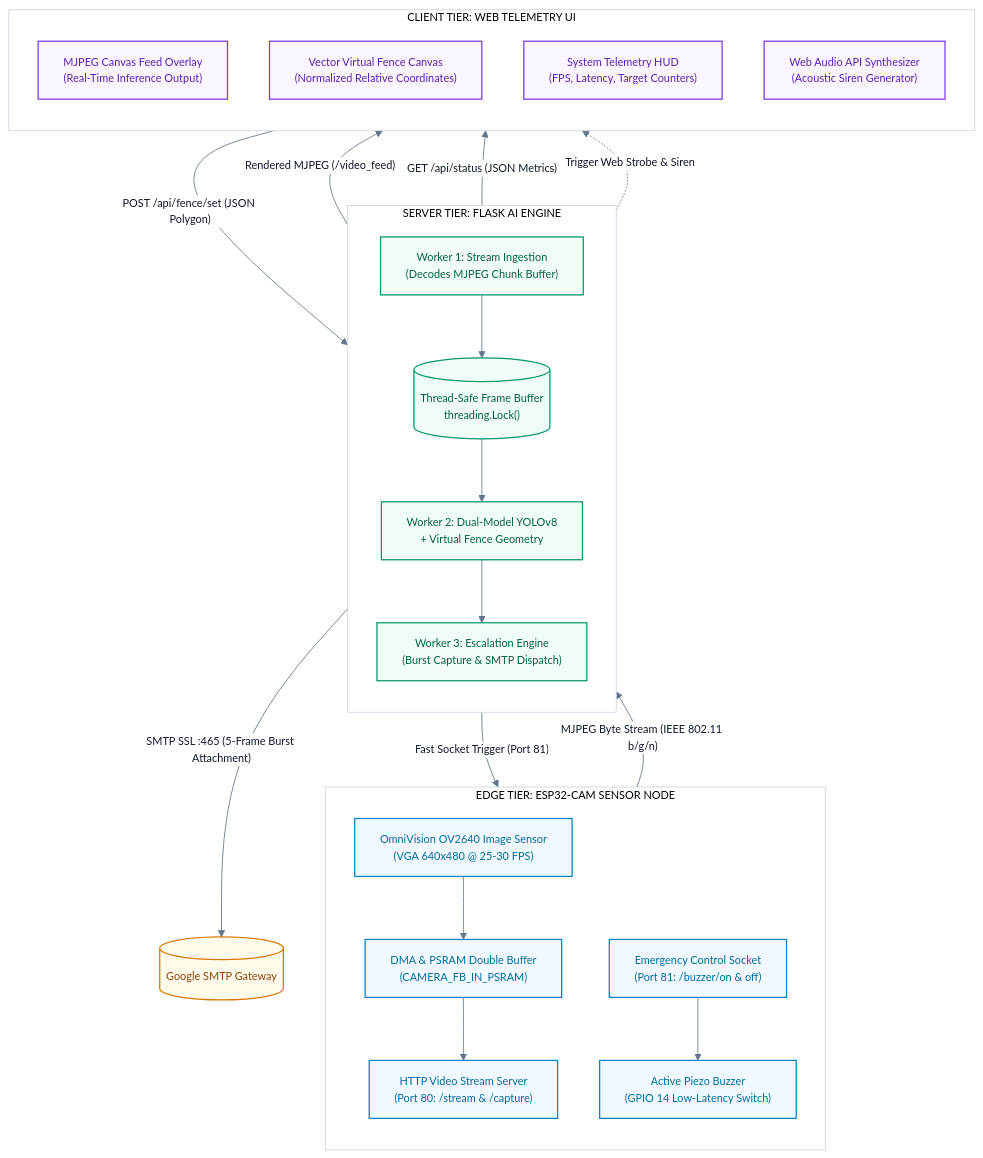
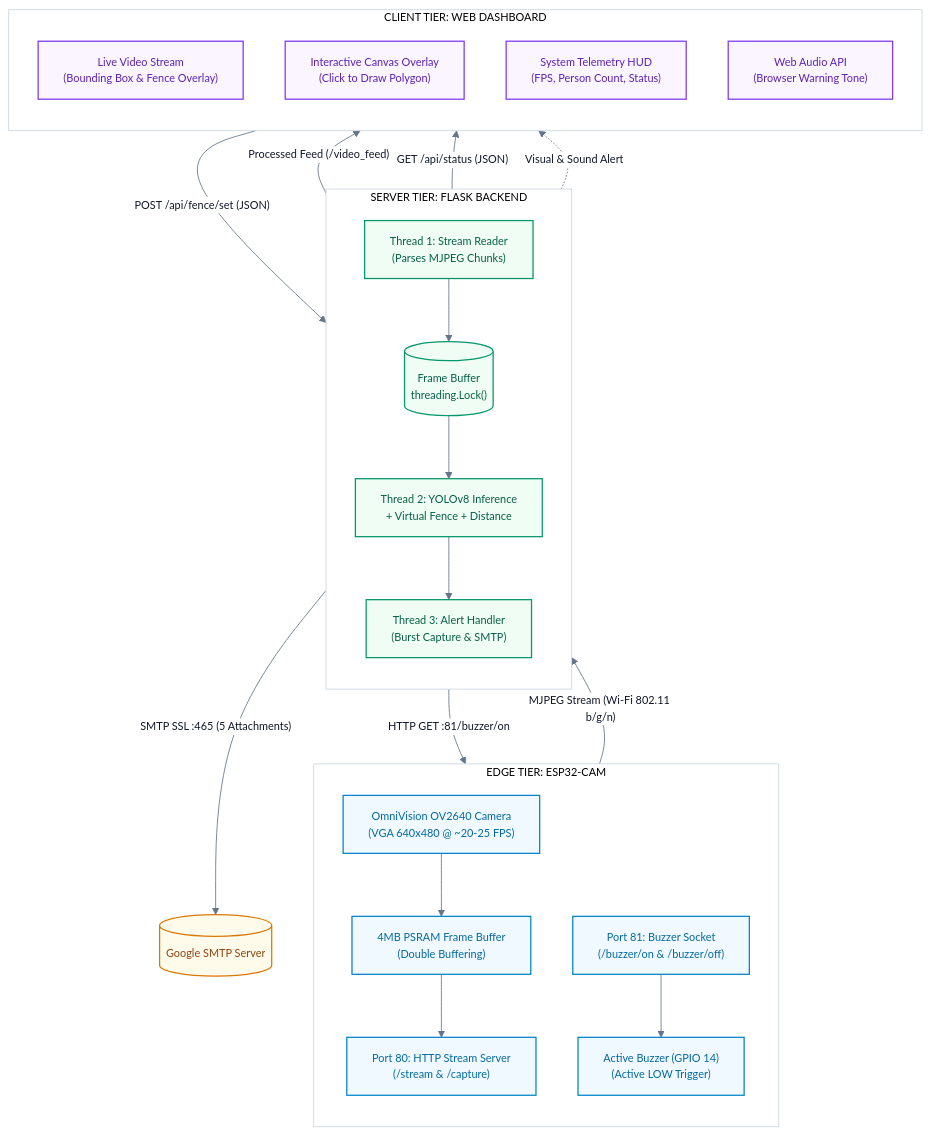
Before and after one commit to Cheesenoice/IoT-EdgeAI-Intrusion-Detection: the first of 2 diagrams in README.md, drawn with Mermaid. The commit also changed other lines of this file, not shown here.

Commit message:
docs: feature Google Drive report link and ground technical documentation in reality

````diff
--- a/README.md
+++ b/README.md
@@ -77,67 +90,67 @@
 ```mermaid
 %%{init: {
   'theme': 'base',
   'themeVariables': {
     'fontFamily': 'Segoe UI, Inter, -apple-system, sans-serif',
     'fontSize': '13px',
     'primaryColor': '#ffffff',
     'primaryTextColor': '#0f172a',
     'primaryBorderColor': '#3b82f6',
     'lineColor': '#64748b',
     'edgeLabelBackground': '#ffffff',
     'clusterBkg': '#ffffff',
     'clusterBorder': '#cbd5e1',
     'mainBkg': '#ffffff'
   }
 }}%%
 graph TB
-    subgraph EdgeTier ["EDGE TIER: ESP32-CAM SENSOR NODE"]
+    subgraph EdgeTier ["EDGE TIER: ESP32-CAM"]
         direction TB
-        CamSensor["OmniVision OV2640 Image Sensor<br/>(VGA 640x480 @ 25-30 FPS)"]
-        DMA["DMA & PSRAM Double Buffer<br/>(CAMERA_FB_IN_PSRAM)"]
-        Port80["HTTP Video Stream Server<br/>(Port 80: /stream & /capture)"]
-        Port81["Emergency Control Socket<br/>(Port 81: /buzzer/on & off)"]
-        BuzzerHw["Active Piezo Buzzer<br/>(GPIO 14 Low-Latency Switch)"]
+        CamSensor["OmniVision OV2640 Camera<br/>(VGA 640x480 @ ~20-25 FPS)"]
+        PSRAM["4MB PSRAM Frame Buffer<br/>(Double Buffering)"]
+        Port80["Port 80: HTTP Stream Server<br/>(/stream & /capture)"]
+        Port81["Port 81: Buzzer Socket<br/>(/buzzer/on & /buzzer/off)"]
+        BuzzerHw["Active Buzzer (GPIO 14)<br/>(Active LOW Trigger)"]
         
-        CamSensor --> DMA --> Port80
+        CamSensor --> PSRAM --> Port80
         Port81 --> BuzzerHw
     end
 
-    subgraph ServerTier ["SERVER TIER: FLASK AI ENGINE"]
+    subgraph ServerTier ["SERVER TIER: FLASK BACKEND"]
         direction TB
-        IngestThread["Worker 1: Stream Ingestion<br/>(Decodes MJPEG Chunk Buffer)"]
-        SharedFrame[("Thread-Safe Frame Buffer<br/>threading.Lock()")]
-        InferenceThread["Worker 2: Dual-Model YOLOv8<br/>+ Virtual Fence Geometry"]
-        AlertThread["Worker 3: Escalation Engine<br/>(Burst Capture & SMTP Dispatch)"]
+        IngestThread["Thread 1: Stream Reader<br/>(Parses MJPEG Chunks)"]
+        SharedFrame[("Frame Buffer<br/>threading.Lock()")]
+        InferenceThread["Thread 2: YOLOv8 Inference<br/>+ Virtual Fence + Distance"]
+        AlertThread["Thread 3: Alert Handler<br/>(Burst Capture & SMTP)"]
         
         IngestThread --> SharedFrame
         SharedFrame --> InferenceThread
         InferenceThread --> AlertThread
     end
 
-    subgraph ClientTier ["CLIENT TIER: WEB TELEMETRY UI"]
+    subgraph ClientTier ["CLIENT TIER: WEB DASHBOARD"]
         direction TB
-        StreamView["MJPEG Canvas Feed Overlay<br/>(Real-Time Inference Output)"]
-        VectorEditor["Vector Virtual Fence Canvas<br/>(Normalized Relative Coordinates)"]
-        TelemetryStats["System Telemetry HUD<br/>(FPS, Latency, Target Counters)"]
-        WebAudio["Web Audio API Synthesizer<br/>(Acoustic Siren Generator)"]
+        StreamView["Live Video Stream<br/>(Bounding Box & Fence Overlay)"]
+        VectorEditor["Interactive Canvas Overlay<br/>(Click to Draw Polygon)"]
+        TelemetryStats["System Telemetry HUD<br/>(FPS, Person Count, Status)"]
+        WebAudio["Web Audio API<br/>(Browser Warning Tone)"]
     end
 
-    Port80 -- "MJPEG Byte Stream (IEEE 802.11 b/g/n)" --> IngestThread
-    AlertThread -- "Fast Socket Trigger (Port 81)" --> Port81
-    InferenceThread -- "Rendered MJPEG (/video_feed)" --> StreamView
-    VectorEditor -- "POST /api/fence/set (JSON Polygon)" --> InferenceThread
-    InferenceThread -- "GET /api/status (JSON Metrics)" --> TelemetryStats
-    InferenceThread -. "Trigger Web Strobe & Siren" .-> WebAudio
-    AlertThread -- "SMTP SSL :465 (5-Frame Burst Attachment)" --> MailGateway[("Google SMTP Gateway")]
+    Port80 -- "MJPEG Stream (Wi-Fi 802.11 b/g/n)" --> IngestThread
+    AlertThread -- "HTTP GET :81/buzzer/on" --> Port81
+    InferenceThread -- "Processed Feed (/video_feed)" --> StreamView
+    VectorEditor -- "POST /api/fence/set (JSON)" --> InferenceThread
+    InferenceThread -- "GET /api/status (JSON)" --> TelemetryStats
+    InferenceThread -. "Visual & Sound Alert" .-> WebAudio
+    AlertThread -- "SMTP SSL :465 (5 Attachments)" --> MailGateway[("Google SMTP Server")]
 
     classDef edge fill:#f0f9ff,stroke:#0284c7,stroke-width:1.5px,color:#0369a1;
     classDef server fill:#f0fdf4,stroke:#059669,stroke-width:1.5px,color:#065f46;
     classDef client fill:#faf5ff,stroke:#7c3aed,stroke-width:1.5px,color:#5b21b6;
     classDef cloud fill:#fffbeb,stroke:#d97706,stroke-width:1.5px,color:#92400e;
 
-    class CamSensor,DMA,Port80,Port81,BuzzerHw edge;
+    class CamSensor,PSRAM,Port80,Port81,BuzzerHw edge;
     class IngestThread,SharedFrame,InferenceThread,AlertThread server;
     class StreamView,VectorEditor,TelemetryStats,WebAudio client;
     class MailGateway cloud;
 ```
````
